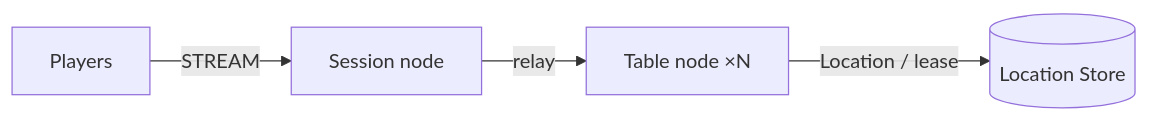
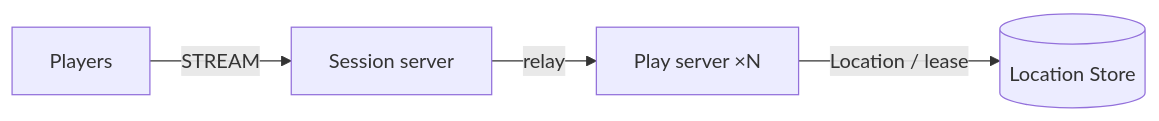
Before and after one commit to zlink-systems/zlink: the diagram in framework/languages/node/templates/board-tables/my-game/README.md, drawn with Mermaid. The commit also changed other lines of this file and 14 other files, not shown here.

First line of the commit message:
feat(templates): board-tables 서버 콘솔을 사람이 읽는 시작·종료 줄로, 서버 이름을 Session server·Play server로 (#5350)

````diff
--- a/framework/languages/node/templates/board-tables/my-game/README.md
+++ b/framework/languages/node/templates/board-tables/my-game/README.md
@@ -5,6 +5,6 @@
 ```mermaid
 flowchart LR
-    players[Players] -->|STREAM| session[Session node]
-    session -->|relay| table[Table node ×N]
+    players[Players] -->|STREAM| session[Session server]
+    session -->|relay| table[Play server ×N]
     table -->|Location / lease| location[(Location Store)]
 ```
````
